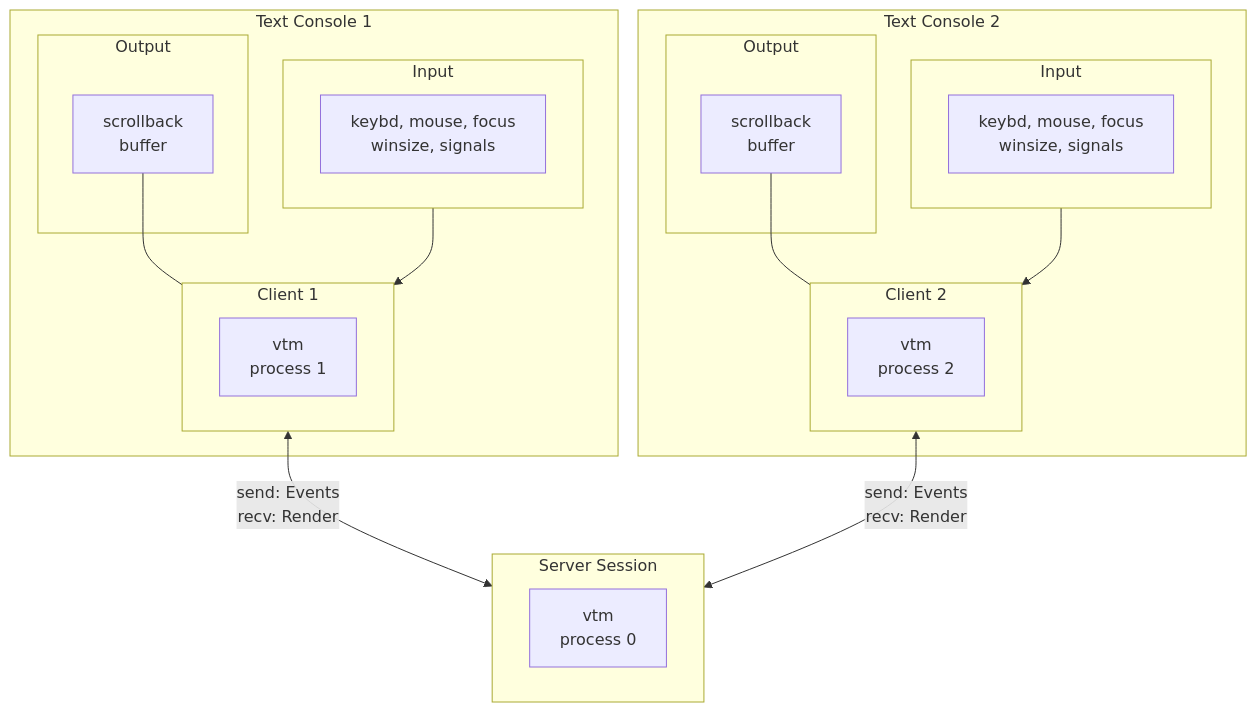
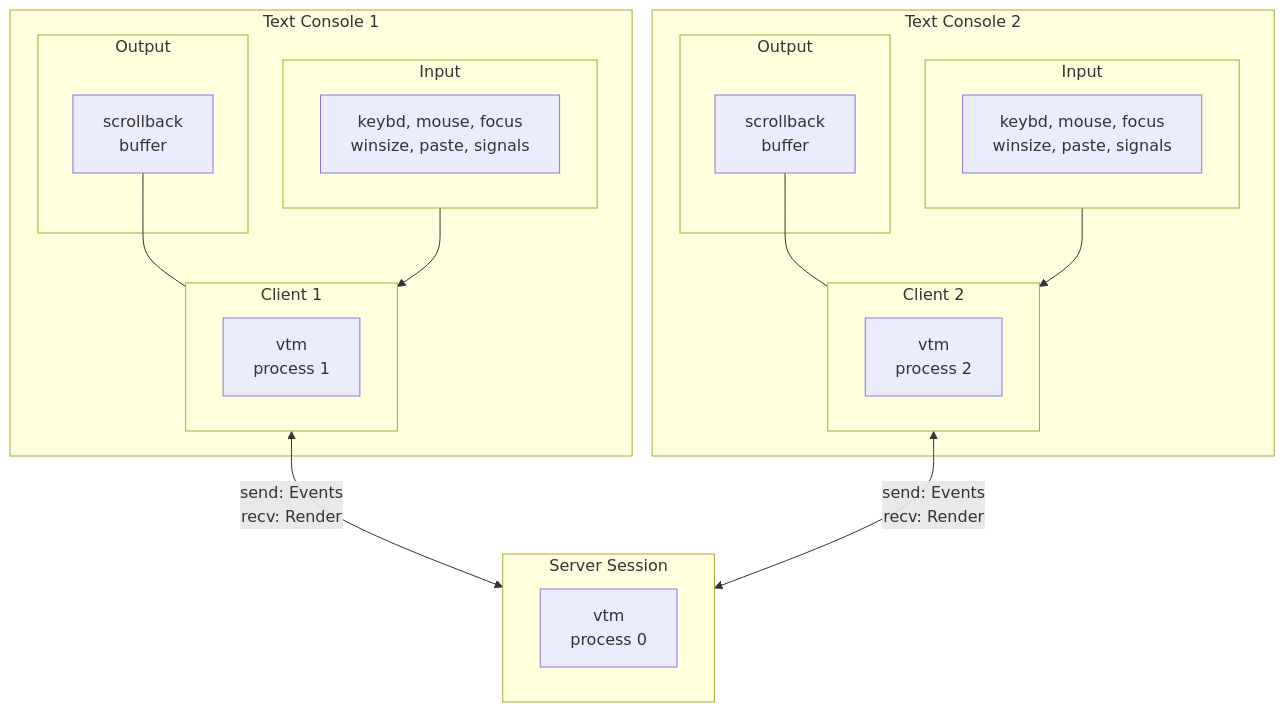
The diagram in doc/architecture.md (directvt/vtm), drawn with Mermaid before and after one commit.

````diff
--- a/doc/architecture.md
+++ b/doc/architecture.md
@@ -5,39 +5,39 @@
 ```mermaid
 graph TB
     subgraph IE10[Text Console 1]
         subgraph IE1[Input]
             direction LR
-            C1[keybd, mouse, focus\nwinsize, signals]
+            C1[keybd, mouse, focus\nwinsize, paste, signals]
         end
         subgraph OU1[Output]
             TC1[scrollback\nbuffer]
         end
         subgraph CS1[Client 1]
             VTM1[vtm\nprocess 1]
         end
         C1 --> CS1
         TC1 --- CS1
     end
 
     subgraph IE20[Text Console 2]
         subgraph IE2[Input]
             direction LR
-            C2[keybd, mouse, focus\nwinsize, signals]
+            C2[keybd, mouse, focus\nwinsize, paste, signals]
         end
         subgraph OU2[Output]
             TC2[scrollback\nbuffer]
         end
         subgraph CS2[Client 2]
             VTM2[vtm\nprocess 2]
         end
         C2 --> CS2
         TC2 --- CS2
     end
 
     subgraph SS[Server Session]
         VTMs[vtm\nprocess 0]
     end
 
     CS1 <-->|send: Events\nrecv: Render| SS
     CS2 <-->|send: Events\nrecv: Render| SS
 ```
````
